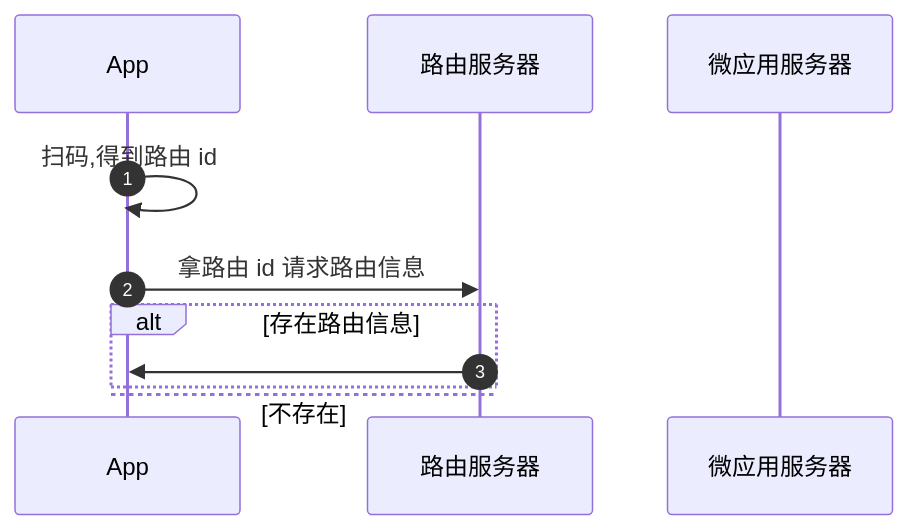
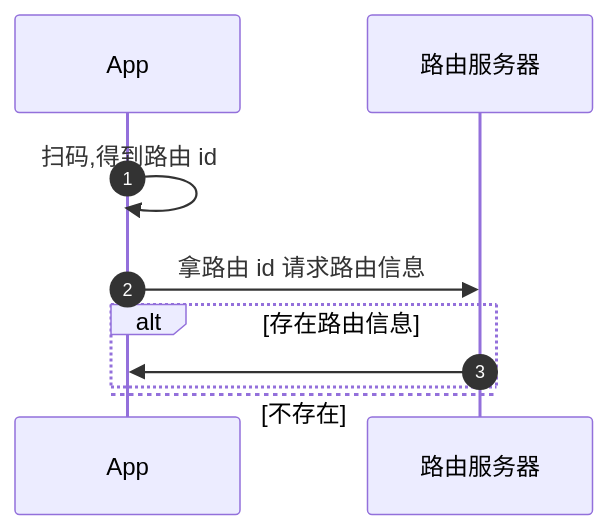
Before and after one commit to zk4/x-engine: the fourth of 6 diagrams in modules/x-engine-docs/todos-1.0.md, drawn with Mermaid. The commit also changed other lines of this file, not shown here.

````diff
--- a/modules/x-engine-docs/todos-1.0.md
+++ b/modules/x-engine-docs/todos-1.0.md
@@ -279,15 +306,14 @@
 ``` mermaid
 sequenceDiagram
 	  autonumber
     participant a as App 
     participant rs as 路由服务器
-    participant ms as 微应用服务器
    
     a->>a: 扫码,得到路由 id 
     a->>rs: 拿路由 id 请求路由信息
     alt 存在路由信息
     rs->>a: 
     else 不存在
     end
     
 ```
````
